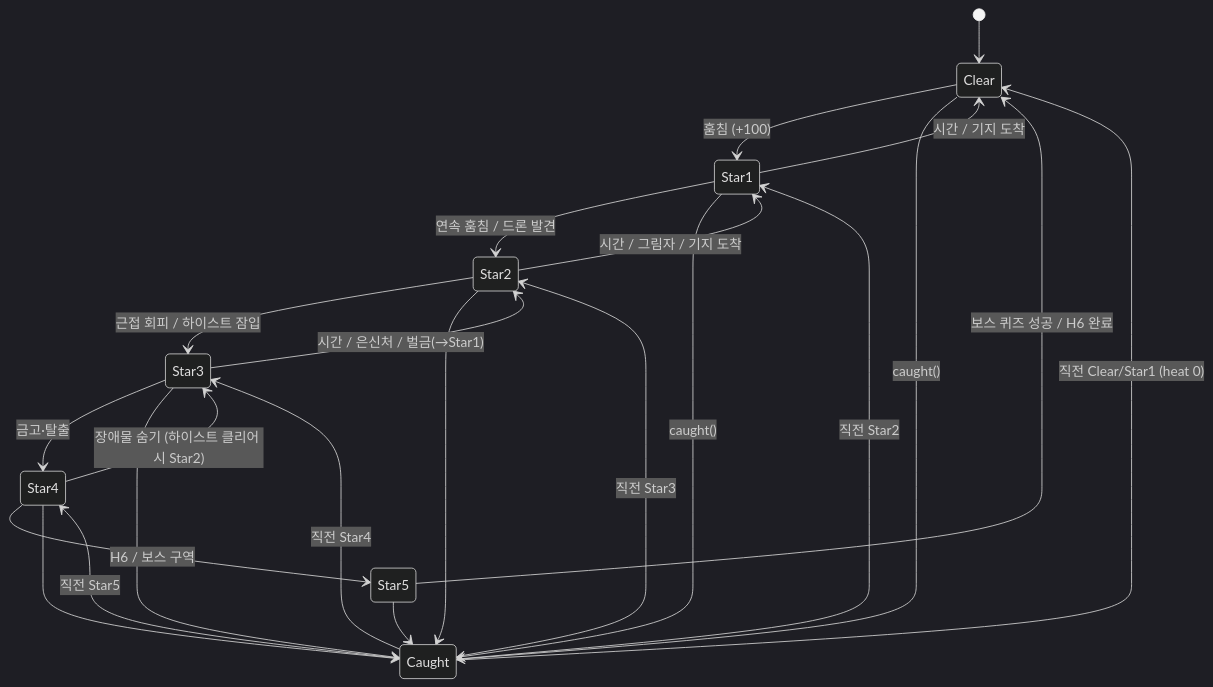
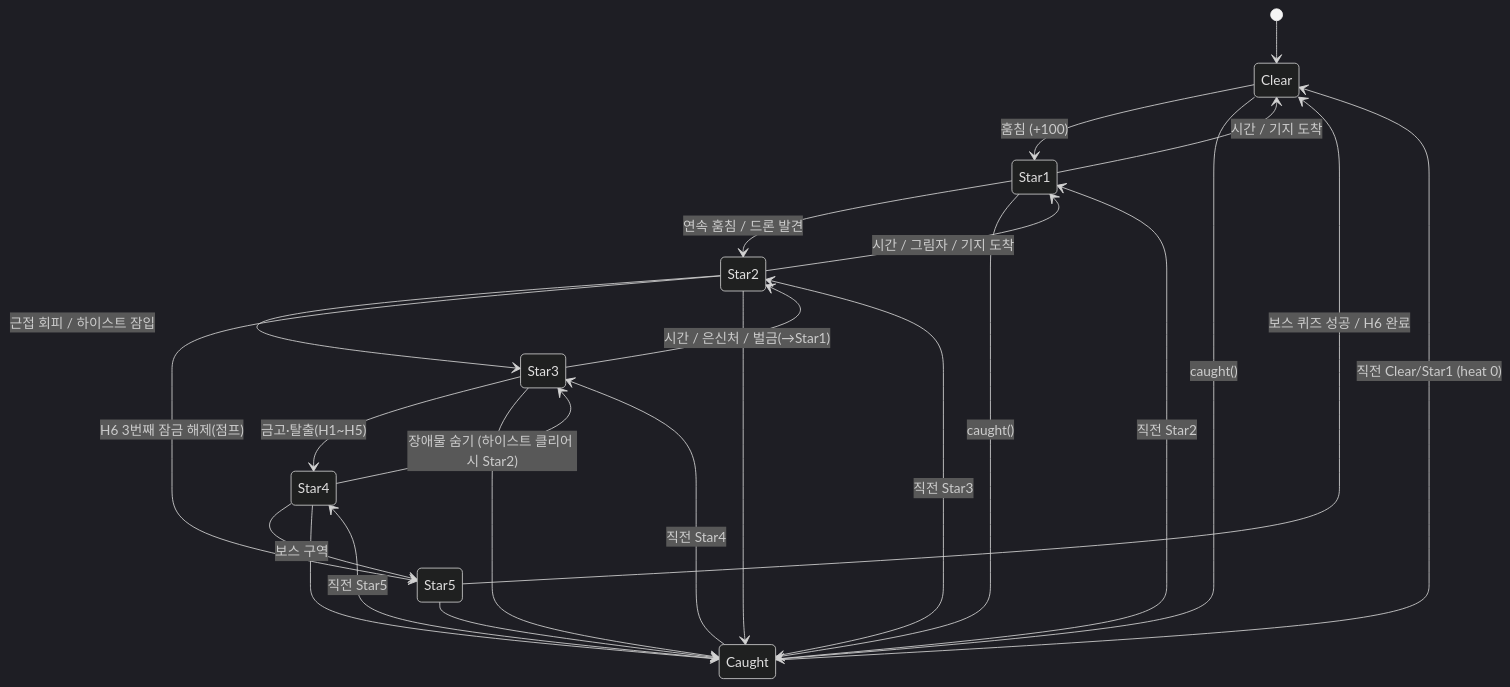
Before and after one commit to KusBeoms/science: the second of 3 diagrams in docs/GAMEPLAY_SYSTEMS.md, drawn with Mermaid (dark theme). The commit also changed other lines of this file and 4 other files, not shown here.

````diff
--- a/docs/GAMEPLAY_SYSTEMS.md
+++ b/docs/GAMEPLAY_SYSTEMS.md
@@ -218,25 +224,26 @@
 ```mermaid
 stateDiagram-v2
   [*] --> Clear
   Clear --> Star1: 훔침 (+100)
   Star1 --> Clear: 시간 / 기지 도착
   Star1 --> Star2: 연속 훔침 / 드론 발견
   Star2 --> Star1: 시간 / 그림자 / 기지 도착
   Star2 --> Star3: 근접 회피 / 하이스트 잠입
   Star3 --> Star2: 시간 / 은신처 / 벌금(→Star1)
-  Star3 --> Star4: 금고·탈출
+  Star3 --> Star4: 금고·탈출(H1~H5)
   Star4 --> Star3: 장애물 숨기 (하이스트 클리어 시 Star2)
-  Star4 --> Star5: H6 / 보스 구역
+  Star2 --> Star5: H6 3번째 잠금 해제(점프)
+  Star4 --> Star5: 보스 구역
   Star5 --> Clear: 보스 퀴즈 성공 / H6 완료
   Clear --> Caught: caught()
   Star1 --> Caught: caught()
   Star2 --> Caught
   Star3 --> Caught
   Star4 --> Caught
   Star5 --> Caught
   Caught --> Clear: 직전 Clear/Star1 (heat 0)
   Caught --> Star1: 직전 Star2
   Caught --> Star2: 직전 Star3
   Caught --> Star3: 직전 Star4
   Caught --> Star4: 직전 Star5
 ```
````
